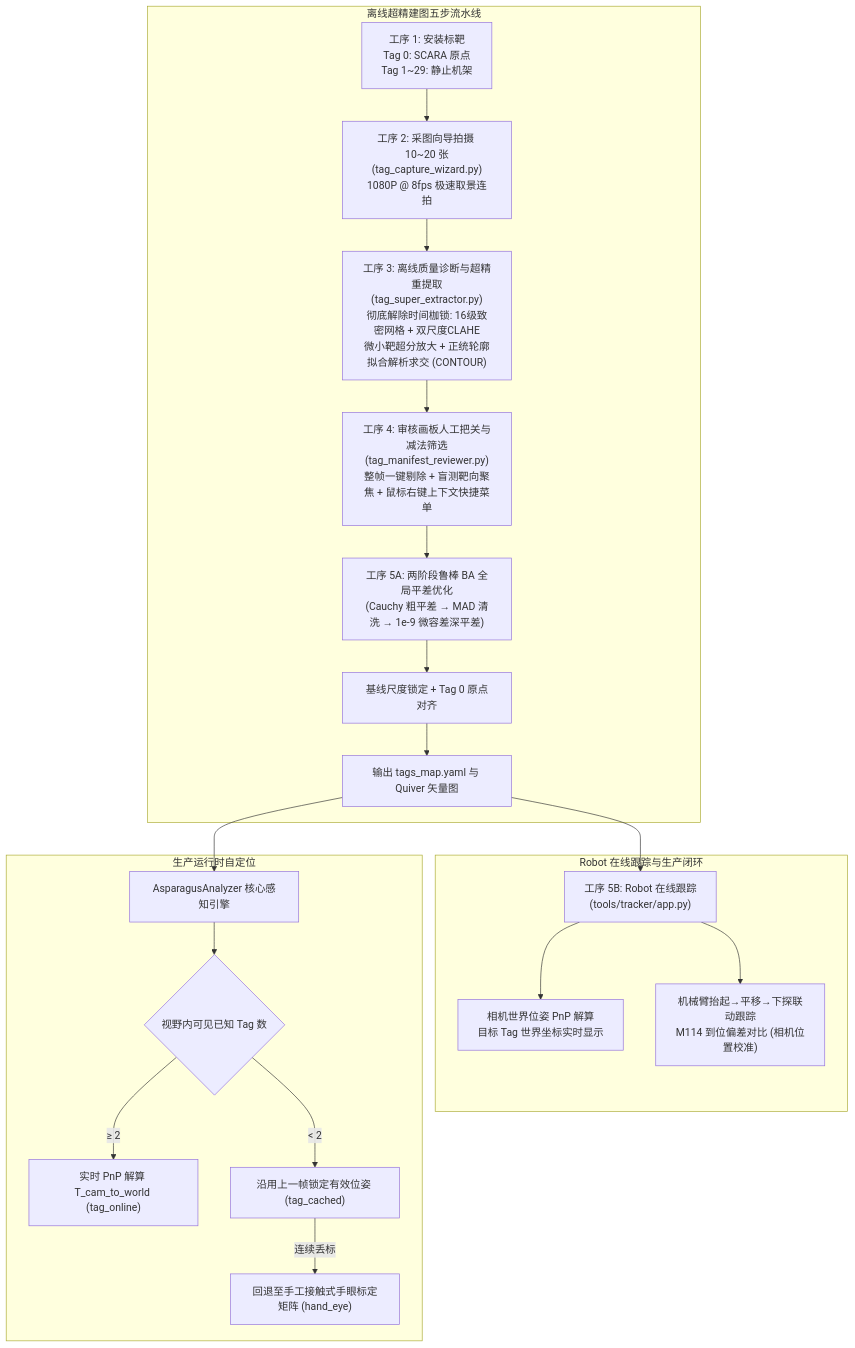
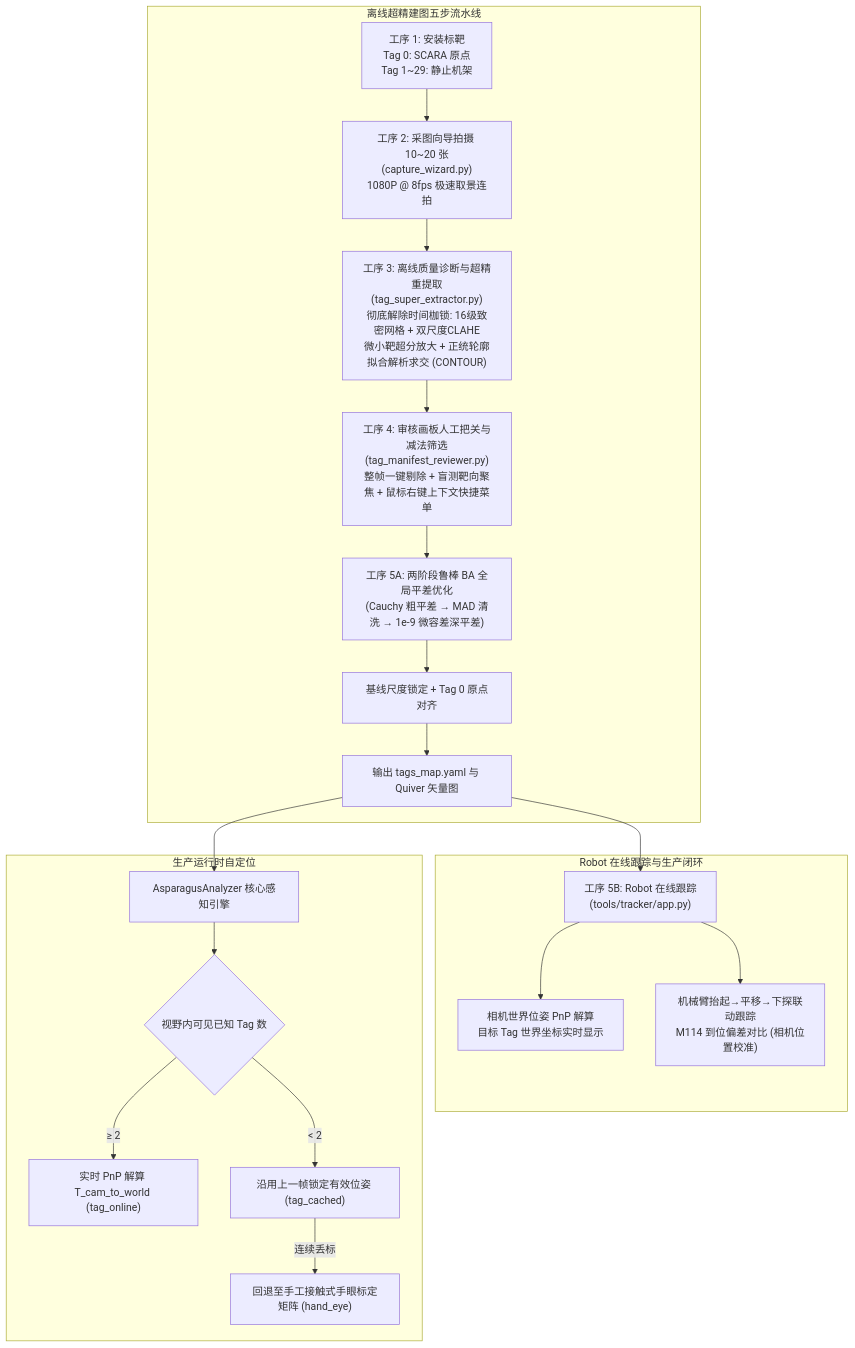
Before and after one commit to voicevon/flux_vision_3d: the diagram in docs/apriltag_calibration.md, drawn with Mermaid. The commit also changed other lines of this file and 18 other files, not shown here.

````diff
--- a/docs/apriltag_calibration.md
+++ b/docs/apriltag_calibration.md
@@ -103,25 +103,25 @@
 ```mermaid
 graph TD
     subgraph 离线超精建图五步流水线
-        A["工序 1: 安装标靶<br>Tag 0: SCARA 原点<br>Tag 1~29: 静止机架"] --> B["工序 2: 采图向导拍摄 10~20 张<br>(tag_capture_wizard.py)<br>1080P @ 8fps 极速取景连拍"]
+        A["工序 1: 安装标靶<br>Tag 0: SCARA 原点<br>Tag 1~29: 静止机架"] --> B["工序 2: 采图向导拍摄 10~20 张<br>(capture_wizard.py)<br>1080P @ 8fps 极速取景连拍"]
         B --> C["工序 3: 离线质量诊断与超精重提取<br>(tag_super_extractor.py)<br>彻底解除时间枷锁: 16级致密网格 + 双尺度CLAHE<br>微小靶超分放大 + 正统轮廓拟合解析求交 (CONTOUR)"]
         C --> D["工序 4: 审核画板人工把关与减法筛选<br>(tag_manifest_reviewer.py)<br>整帧一键剔除 + 盲测靶向聚焦 + 鼠标右键上下文快捷菜单"]
         D --> E["工序 5A: 两阶段鲁棒 BA 全局平差优化<br>(Cauchy 粗平差 → MAD 清洗 → 1e-9 微容差深平差)"]
         E --> F["基线尺度锁定 + Tag 0 原点对齐"]
         F --> G["输出 tags_map.yaml 与 Quiver 矢量图"]
     end
 
     subgraph Robot 在线跟踪与生产闭环
         G --> H["工序 5B: Robot 在线跟踪<br>(tools/tracker/app.py)"]
         H --> I["相机世界位姿 PnP 解算<br>目标 Tag 世界坐标实时显示"]
         H --> J["机械臂抬起→平移→下探联动跟踪<br>M114 到位偏差对比 (相机位置校准)"]
     end
 
     subgraph 生产运行时自定位
         G --> M["AsparagusAnalyzer 核心感知引擎"]
         M --> N{"视野内可见已知 Tag 数"}
         N -- "≥ 2" --> O["实时 PnP 解算 T_cam_to_world (tag_online)"]
         N -- "< 2" --> P["沿用上一帧锁定有效位姿 (tag_cached)"]
         P -- "连续丢标" --> Q["回退至手工接触式手眼标定矩阵 (hand_eye)"]
     end
 ```
````
